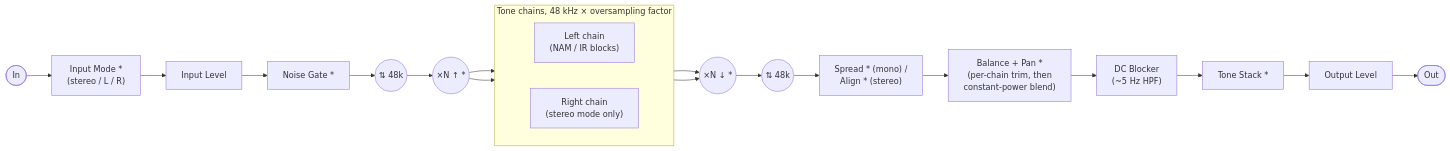
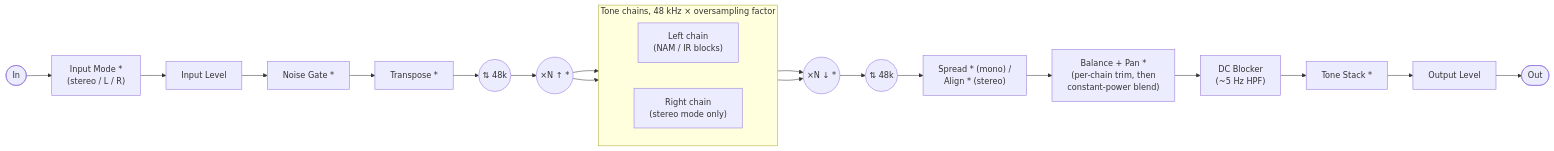
Before and after one commit to tone-3000/tone3000-plugin: the first of 2 diagrams in README.md, drawn with Mermaid. The commit also changed other lines of this file, not shown here.

Commit message:
README: Transpose in the signal flow, Signalsmith attribution

````diff
--- a/README.md
+++ b/README.md
@@ -174,24 +174,25 @@
 ```mermaid
 flowchart LR
     IN([In]) --> IM["Input Mode *\n(stereo / L / R)"]
     IM --> IG["Input Level"]
     IG --> GATE["Noise Gate *"]
-    GATE --> RS(("⇅ 48k"))
+    GATE --> TR["Transpose *"]
+    TR --> RS(("⇅ 48k"))
     RS --> OS(("×N ↑ *"))
     subgraph CHAINS["Tone chains, 48 kHz × oversampling factor"]
         direction LR
         CL["Left chain\n(NAM / IR blocks)"]
         CR["Right chain\n(stereo mode only)"]
     end
     OS --> CL
     OS --> CR
     CL --> OS2(("×N ↓ *"))
     CR --> OS2
     OS2 --> RS2(("⇅ 48k"))
     RS2 --> IMAGE["Spread * (mono) /\nAlign * (stereo)"]
     IMAGE --> PAN["Balance + Pan *\n(per-chain trim, then\nconstant-power blend)"]
     PAN --> DCB["DC Blocker\n(~5 Hz HPF)"]
     DCB --> TS["Tone Stack *"]
     TS --> OG["Output Level"]
     OG --> OUT([Out])
 ```
````
